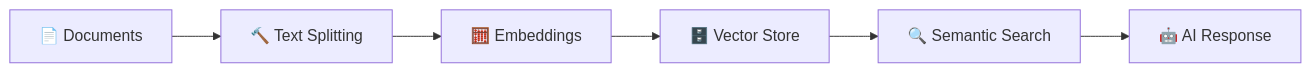
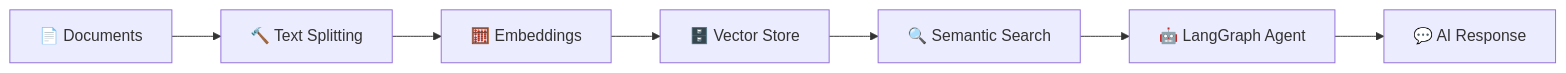
The diagram in README.md (kingfischer16/retrieval-augmented-resource), drawn with Mermaid before and after one commit. The commit also changed other lines of this file and 3 other files, not shown here.

````diff
--- a/README.md
+++ b/README.md
@@ -54,8 +44,9 @@
 ```mermaid
 graph LR
     A[📄 Documents] --> B[🔨 Text Splitting]
     B --> C[🧮 Embeddings]
     C --> D[🗄️ Vector Store]
     D --> E[🔍 Semantic Search]
-    E --> F[🤖 AI Response]
+    E --> F[🤖 LangGraph Agent]
+    F --> G[💬 AI Response]
 ```
````
